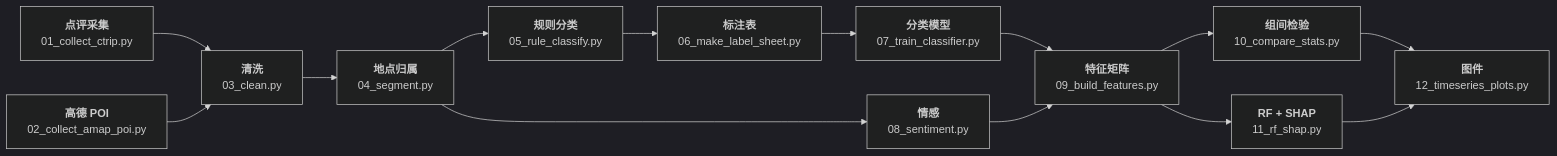
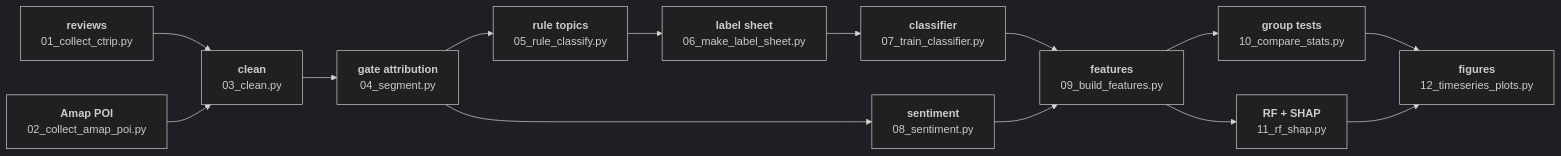
One commit to zhangyx0803/wuzhen-twin-gate-sentiment changed the diagram in README.md. Above: the diagram before and after it, drawn with Mermaid (dark theme). The commit also changed other lines of this file and 26 other files, not shown here.

````diff
--- a/README.md
+++ b/README.md
@@ -57,16 +57,16 @@
 ```mermaid
 flowchart LR
-  A["<b>点评采集</b><br/>01_collect_ctrip.py"] --> C["<b>清洗</b><br/>03_clean.py"]
-  B["<b>高德 POI</b><br/>02_collect_amap_poi.py"] --> C
-  C --> D["<b>地点归属</b><br/>04_segment.py"]
-  D --> E["<b>规则分类</b><br/>05_rule_classify.py"]
-  E --> F["<b>标注表</b><br/>06_make_label_sheet.py"]
-  F --> G["<b>分类模型</b><br/>07_train_classifier.py"]
-  D --> H["<b>情感</b><br/>08_sentiment.py"]
-  G --> I["<b>特征矩阵</b><br/>09_build_features.py"]
+  A["<b>reviews</b><br/>01_collect_ctrip.py"] --> C["<b>clean</b><br/>03_clean.py"]
+  B["<b>Amap POI</b><br/>02_collect_amap_poi.py"] --> C
+  C --> D["<b>gate attribution</b><br/>04_segment.py"]
+  D --> E["<b>rule topics</b><br/>05_rule_classify.py"]
+  E --> F["<b>label sheet</b><br/>06_make_label_sheet.py"]
+  F --> G["<b>classifier</b><br/>07_train_classifier.py"]
+  D --> H["<b>sentiment</b><br/>08_sentiment.py"]
+  G --> I["<b>features</b><br/>09_build_features.py"]
   H --> I
-  I --> J["<b>组间检验</b><br/>10_compare_stats.py"]
+  I --> J["<b>group tests</b><br/>10_compare_stats.py"]
   I --> K["<b>RF + SHAP</b><br/>11_rf_shap.py"]
-  J --> L["<b>图件</b><br/>12_timeseries_plots.py"]
+  J --> L["<b>figures</b><br/>12_timeseries_plots.py"]
   K --> L
 ```
````
